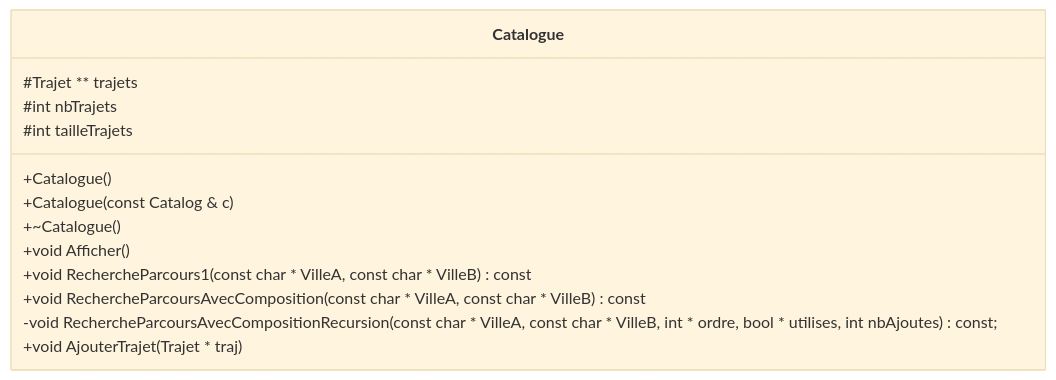
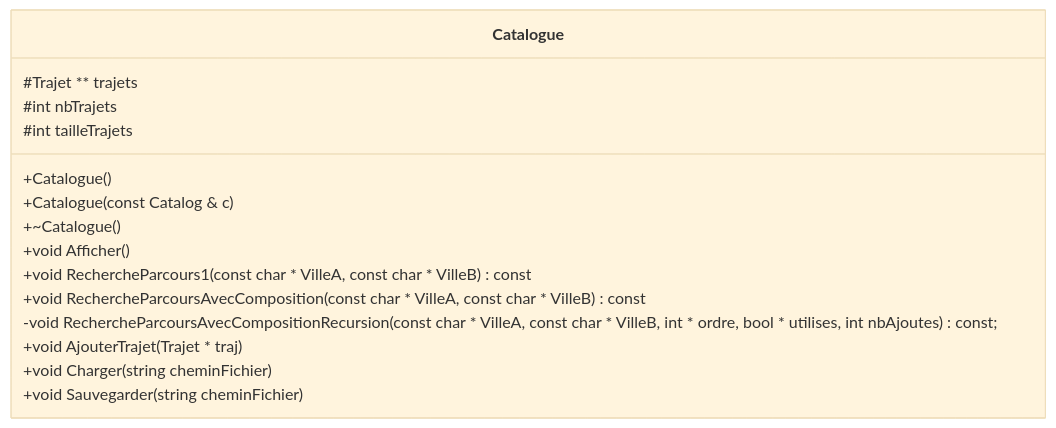
Before and after one commit to hugo-b-r/CPP-TP2: the third of 3 diagrams in README.md, drawn with Mermaid (base theme). The commit also changed other lines of this file and 1 other file, not shown here.

````diff
--- a/README.md
+++ b/README.md
@@ -102,18 +106,20 @@
 ```mermaid
 classDiagram
     class Catalogue {
         #Trajet ** trajets
         #int nbTrajets
         #int tailleTrajets
         
         +Catalogue()
         +Catalogue(const Catalog & c)
         +~Catalogue()
         +void Afficher()
         +void RechercheParcours1(const char * VilleA, const char * VilleB) const
         +void RechercheParcoursAvecComposition(const char * VilleA, const char * VilleB) const
         -void RechercheParcoursAvecCompositionRecursion ( const char * VilleA, const char * VilleB, int * ordre, bool * utilises, int nbAjoutes) const;
         +void AjouterTrajet(Trajet * traj)
+        +void Charger(string cheminFichier)
+        +void Sauvegarder(string cheminFichier)
     }
 
 ```
````
